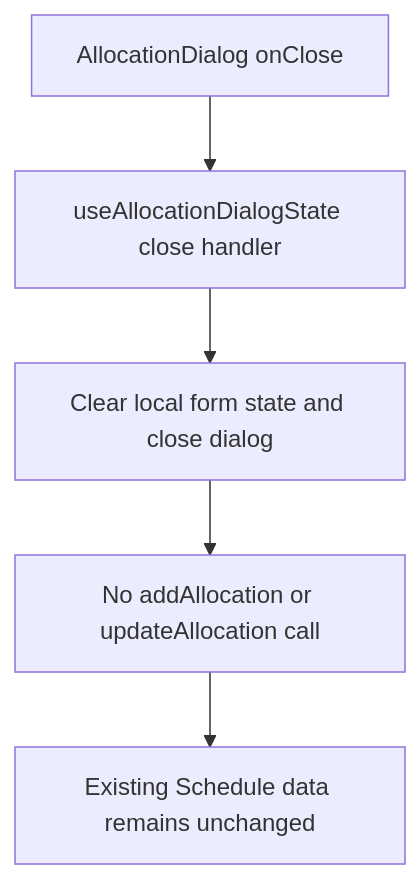
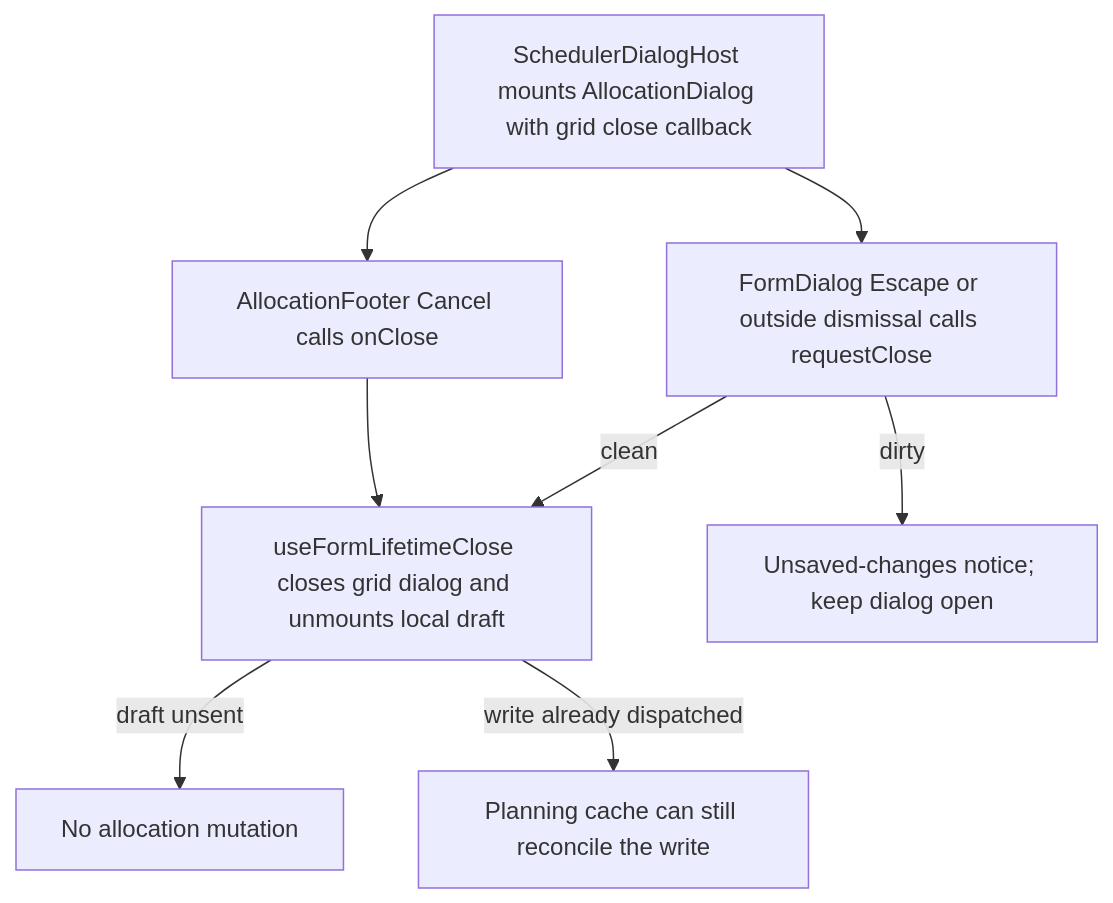
One commit to Kevinjohn/capacitylens changed the second of 2 diagrams in user-stories/allocation/US-ALL-11-cancel-allocation-form.md. Above: the diagram before and after it, drawn with Mermaid. The commit also changed other lines of this file and 172 other files, not shown here.

Commit message:
docs: reconcile user story code flows with source

````diff
--- a/user-stories/allocation/US-ALL-11-cancel-allocation-form.md
+++ b/user-stories/allocation/US-ALL-11-cancel-allocation-form.md
@@ -30,7 +30,10 @@
 ```mermaid
 flowchart TD
-  A["AllocationDialog onClose"] --> B["useAllocationDialogState close handler"]
-  B --> C["Clear local form state and close dialog"]
-  C --> D["No addAllocation or updateAllocation call"]
-  D --> E["Existing Schedule data remains unchanged"]
+  Dialog["SchedulerDialogHost mounts AllocationDialog with grid close callback"] --> Footer["AllocationFooter Cancel calls onClose"]
+  Dialog --> Passive["FormDialog Escape or outside dismissal calls requestClose"]
+  Passive -->|clean| Close["useFormLifetimeClose closes grid dialog and unmounts local draft"]
+  Passive -->|dirty| Notice["Unsaved-changes notice; keep dialog open"]
+  Footer --> Close
+  Close -->|draft unsent| None["No allocation mutation"]
+  Close -->|write already dispatched| Pending["Planning cache can still reconcile the write"]
 ```
````
